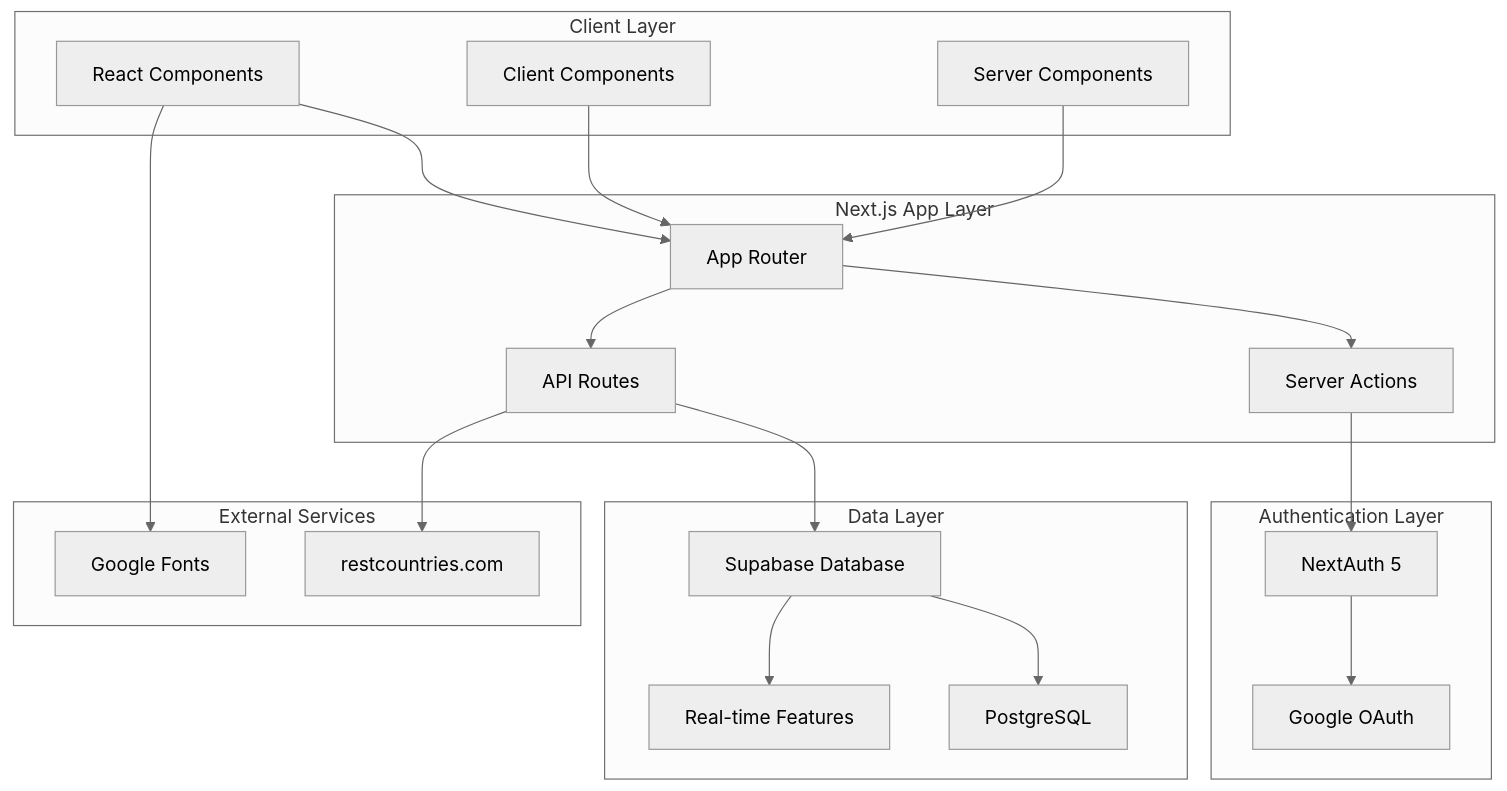
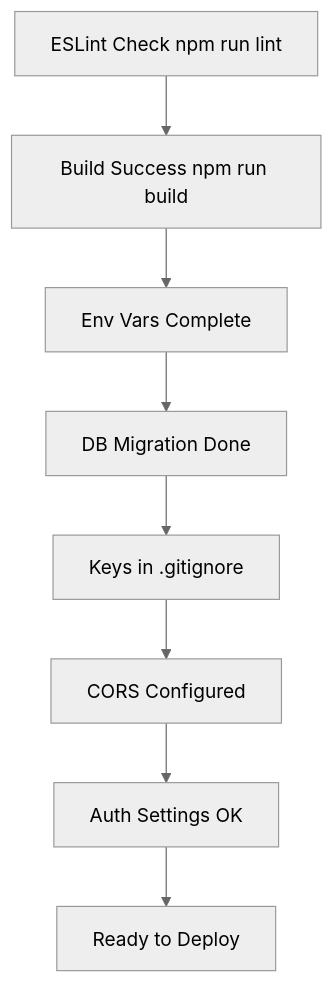
One commit to myoshi2891/MasterModernReact_NextJs changed the ninth of 10 diagrams in README.md. Above: the diagram before and after it, drawn with Mermaid (neutral theme). The commit also changed other lines of this file and 35 other files, not shown here.

````diff
--- a/README.md
+++ b/README.md
@@ -31,43 +1437,18 @@
 ```mermaid
-graph TB
-    subgraph "Client Layer"
-        A[React Components]
-        B[Client Components]
-        C[Server Components]
-    end
-    
-    subgraph "Next.js App Layer"
-        D[App Router]
-        E[Server Actions]
-        F[API Routes]
-    end
-    
-    subgraph "Authentication Layer"
-        G[NextAuth 5]
-        H[Google OAuth]
-    end
-    
-    subgraph "Data Layer"
-        I[Supabase Database]
-        J[PostgreSQL]
-        K[Real-time Features]
-    end
-    
-    subgraph "External Services"
-        L[restcountries.com]
-        M[Google Fonts]
-    end
-    
-    A --> D
-    B --> D
-    C --> D
-    D --> E
-    D --> F
-    E --> G
-    G --> H
-    F --> I
-    I --> J
-    I --> K
-    F --> L
-    A --> M
+flowchart TD
+A[ESLint Check npm run lint]
+B[Build Success npm run build]
+C[Env Vars Complete]
+D[DB Migration Done]
+E[Keys in .gitignore]
+F[CORS Configured]
+G[Auth Settings OK]
+H[Ready to Deploy]
+A --> B
+B --> C
+C --> D
+D --> E
+E --> F
+F --> G
+G --> H
 ```
````
